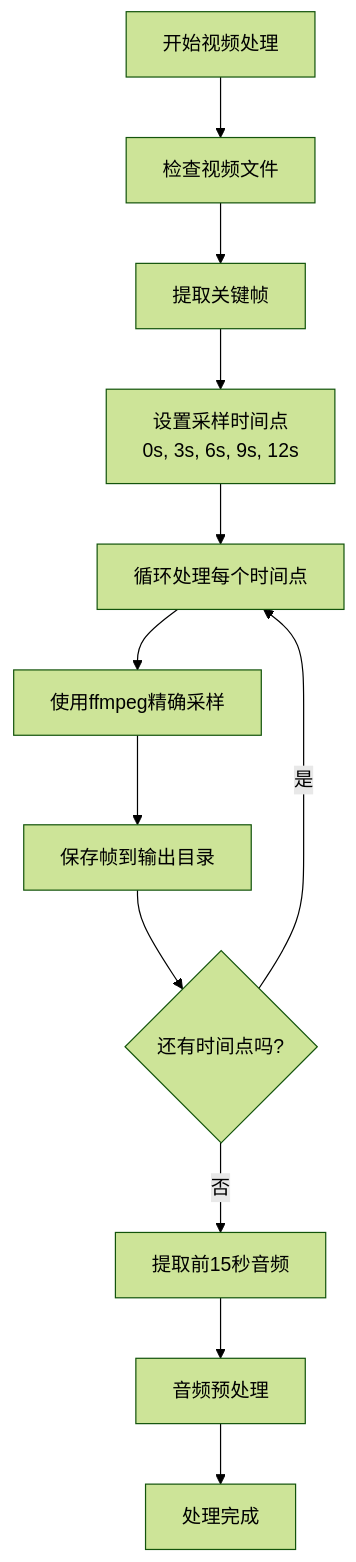
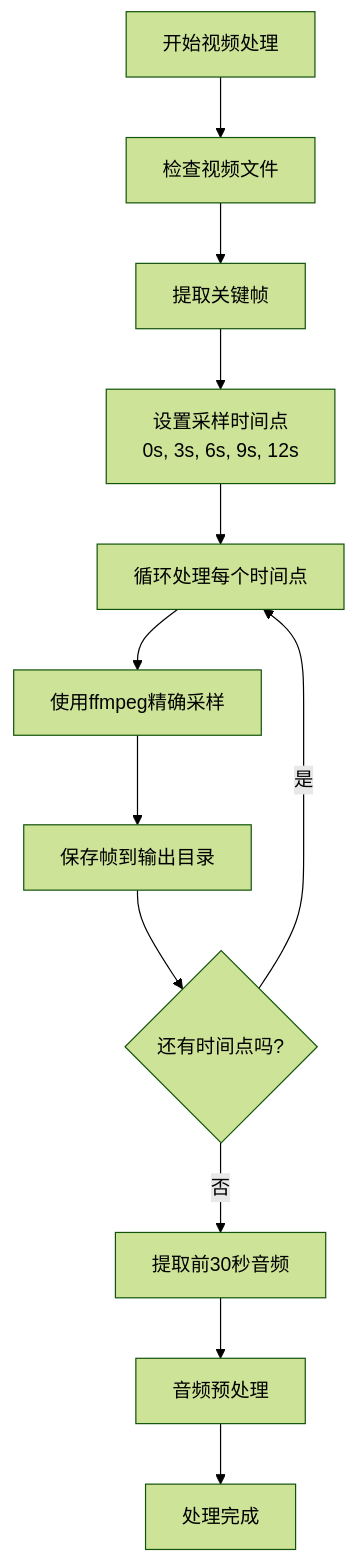
Before and after one commit to WongMingJiu/landingpage-test-hero-page: the second of 14 diagrams in .qoder/repowiki/zh/content/核心模块详解/核心模块详解.md, drawn with Mermaid (forest theme). The commit also changed other lines of this file and 53 other files, not shown here.

````diff
--- a/.qoder/repowiki/zh/content/核心模块详解/核心模块详解.md
+++ b/.qoder/repowiki/zh/content/核心模块详解/核心模块详解.md
@@ -103,14 +101,14 @@
 ```mermaid
 flowchart TD
 START[开始视频处理] --> CHECK_VIDEO[检查视频文件]
 CHECK_VIDEO --> EXTRACT_FRAMES[提取关键帧]
 EXTRACT_FRAMES --> SET_TIMES[设置采样时间点<br/>0s, 3s, 6s, 9s, 12s]
 SET_TIMES --> LOOP_FRAMES[循环处理每个时间点]
 LOOP_FRAMES --> EXTRACT_FRAME[使用ffmpeg精确采样]
 EXTRACT_FRAME --> SAVE_FRAME[保存帧到输出目录]
 SAVE_FRAME --> NEXT_TIME{还有时间点吗?}
 NEXT_TIME --> |是| LOOP_FRAMES
-NEXT_TIME --> |否| EXTRACT_AUDIO[提取前15秒音频]
+NEXT_TIME --> |否| EXTRACT_AUDIO[提取前30秒音频]
 EXTRACT_AUDIO --> AUDIO_PROCESS[音频预处理]
 AUDIO_PROCESS --> DONE[处理完成]
 ```
````
